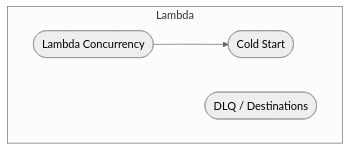
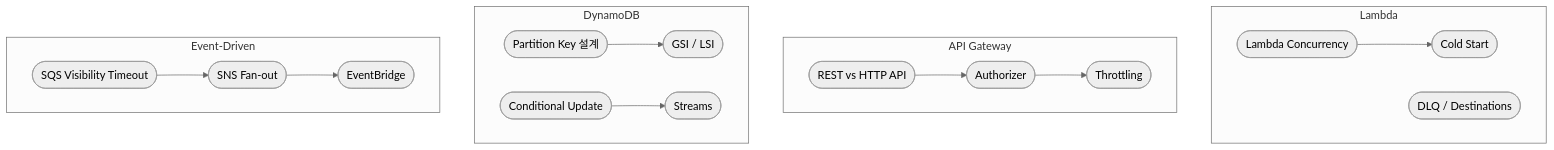
The first of 4 diagrams in public/handbook/dva/overview.md (gwonmin/QuizNox_front), drawn with Mermaid (neutral theme) before and after one commit. The commit also changed other lines of this file and 125 other files, not shown here.

````diff
--- a/public/handbook/dva/overview.md
+++ b/public/handbook/dva/overview.md
@@ -10,10 +43,29 @@
 ```mermaid
 flowchart TB
   subgraph lambda [Lambda]
     LC([Lambda Concurrency])
     CS([Cold Start])
     DL([DLQ / Destinations])
   end
+  subgraph api [API Gateway]
+    RH([REST vs HTTP API])
+    AZ([Authorizer])
+    TH([Throttling])
+  end
+  subgraph ddb [DynamoDB]
+    PK([Partition Key 설계])
+    GI([GSI / LSI])
+    CU([Conditional Update])
+    ST([Streams])
+  end
+  subgraph evt [Event-Driven]
+    SQ([SQS Visibility Timeout])
+    SN([SNS Fan-out])
+    EB([EventBridge])
+  end
   LC --> CS
-  DL
+  RH --> AZ --> TH
+  PK --> GI
+  CU --> ST
+  SQ --> SN --> EB
 ```
````
